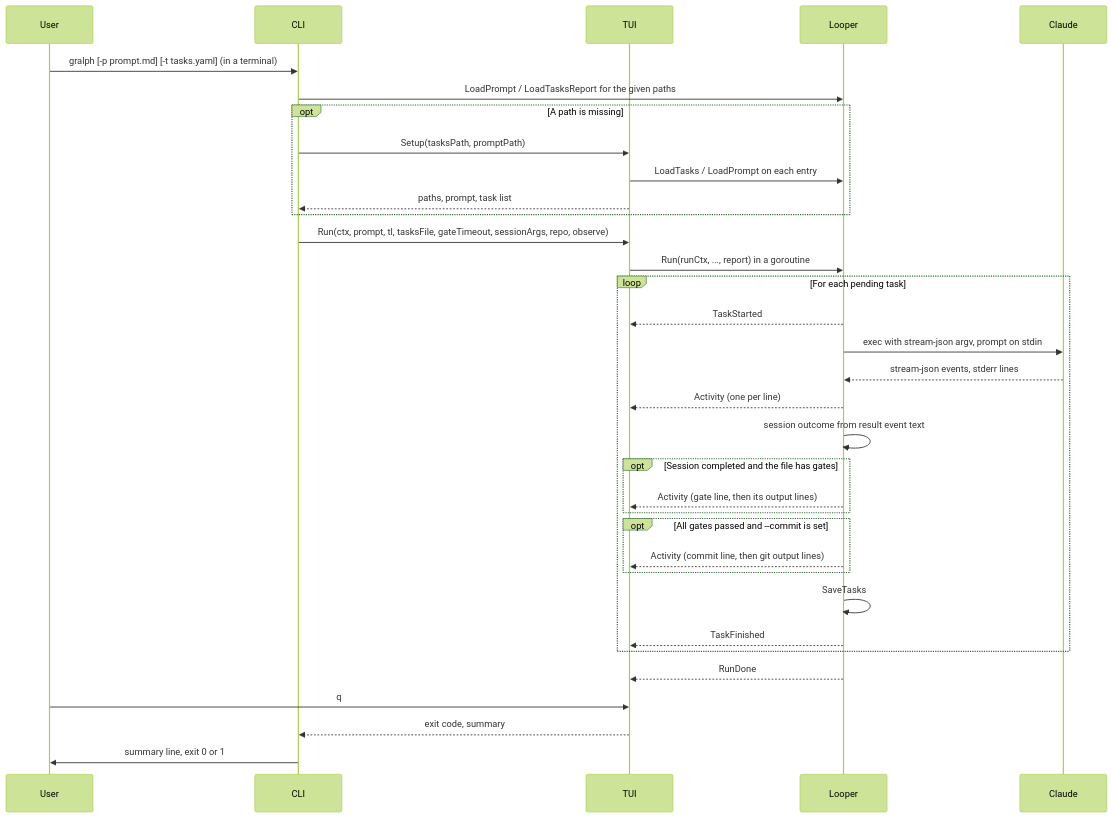
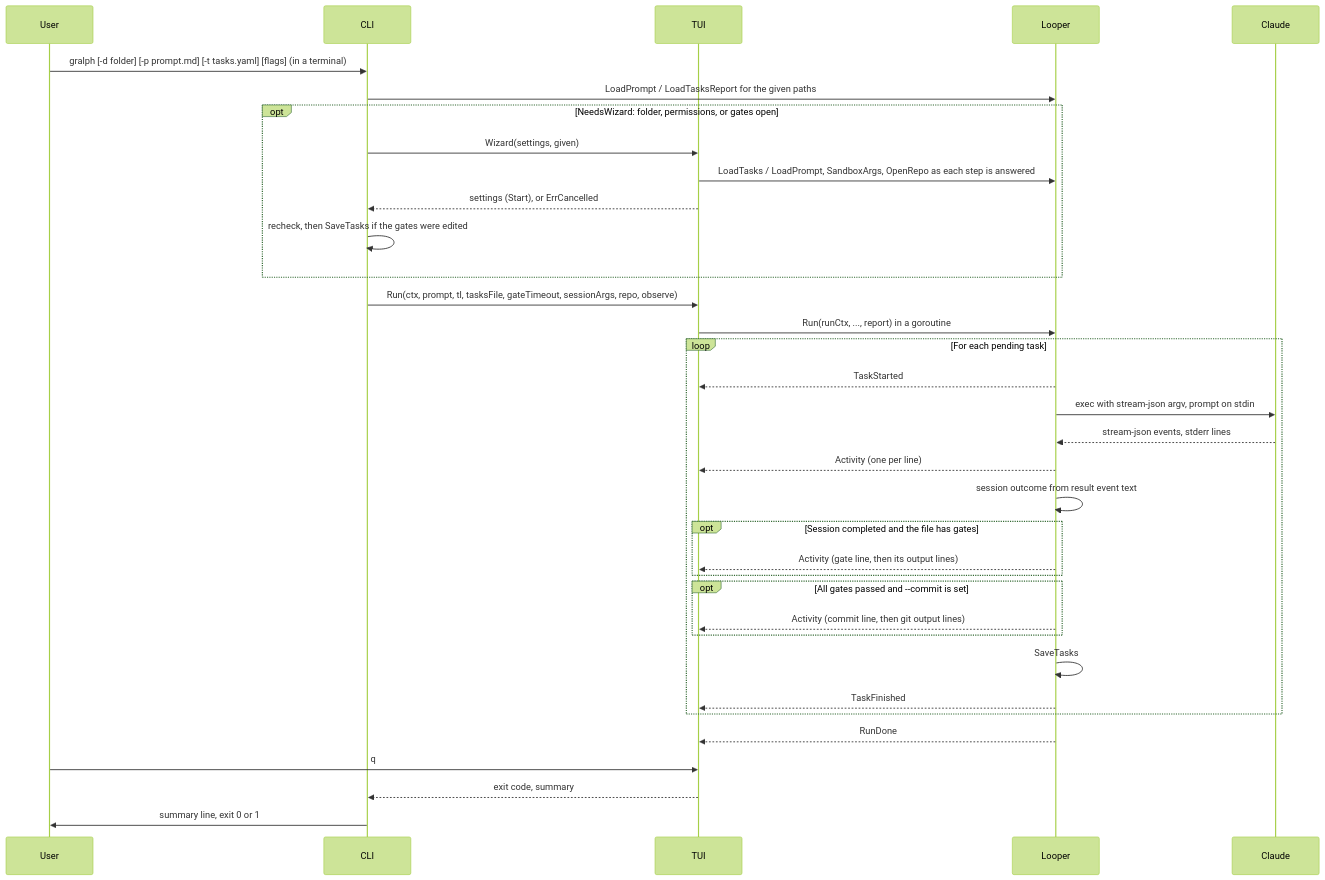
One commit to twistingmercury/gralph changed the third of 6 diagrams in docs/architecture/03_system_architecture.md. Above: the diagram before and after it, drawn with Mermaid (forest theme). The commit also changed other lines of this file and 7 other files, not shown here.

Commit message:
Document the setup wizard and accept ADR-018

````diff
--- a/docs/architecture/03_system_architecture.md
+++ b/docs/architecture/03_system_architecture.md
@@ -349,37 +361,38 @@
 ```mermaid
 sequenceDiagram
     participant User
     participant CLI
     participant TUI
     participant Looper
     participant Claude
 
-    User->>CLI: gralph [-p prompt.md] [-t tasks.yaml] (in a terminal)
+    User->>CLI: gralph [-d folder] [-p prompt.md] [-t tasks.yaml] [flags] (in a terminal)
     CLI->>Looper: LoadPrompt / LoadTasksReport for the given paths
-    opt A path is missing
-        CLI->>TUI: Setup(tasksPath, promptPath)
-        TUI->>Looper: LoadTasks / LoadPrompt on each entry
-        TUI-->>CLI: paths, prompt, task list
+    opt NeedsWizard: folder, permissions, or gates open
+        CLI->>TUI: Wizard(settings, given)
+        TUI->>Looper: LoadTasks / LoadPrompt, SandboxArgs, OpenRepo as each step is answered
+        TUI-->>CLI: settings (Start), or ErrCancelled
+        CLI->>CLI: recheck, then SaveTasks if the gates were edited
     end
     CLI->>TUI: Run(ctx, prompt, tl, tasksFile, gateTimeout, sessionArgs, repo, observe)
     TUI->>Looper: Run(runCtx, ..., report) in a goroutine
     loop For each pending task
         Looper-->>TUI: TaskStarted
         Looper->>Claude: exec with stream-json argv, prompt on stdin
         Claude-->>Looper: stream-json events, stderr lines
         Looper-->>TUI: Activity (one per line)
         Looper->>Looper: session outcome from result event text
         opt Session completed and the file has gates
             Looper-->>TUI: Activity (gate line, then its output lines)
         end
         opt All gates passed and --commit is set
             Looper-->>TUI: Activity (commit line, then git output lines)
         end
         Looper->>Looper: SaveTasks
         Looper-->>TUI: TaskFinished
     end
     Looper-->>TUI: RunDone
     User->>TUI: q
     TUI-->>CLI: exit code, summary
     CLI->>User: summary line, exit 0 or 1
 ```
````
